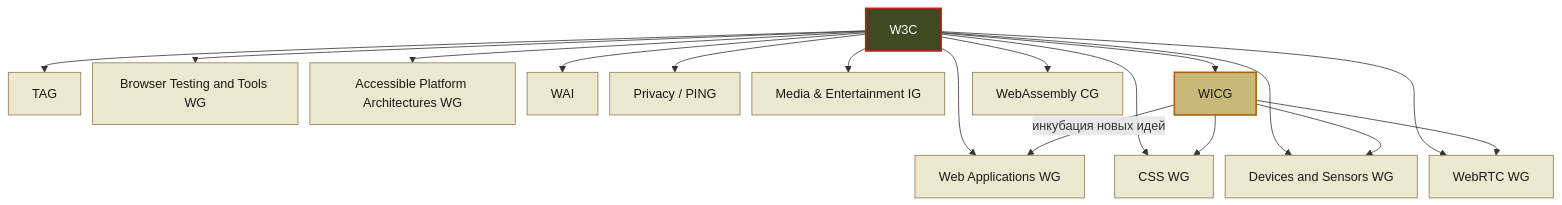
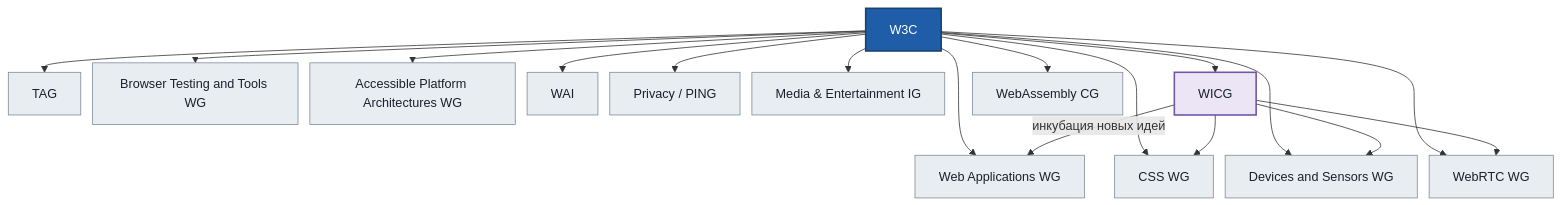
The fourth of 4 diagrams in slides.md (Momomash/hitchhiking-web-platform), drawn with Mermaid before and after one commit. The commit also changed other lines of this file and 27 other files, not shown here.

````diff
--- a/slides.md
+++ b/slides.md
@@ -1875,46 +1921,46 @@
 ```mermaid
 %%{init: {'flowchart': {'curve': 'basis', 'nodeSpacing': 15, 'rankSpacing': 15}}}%%
 
 flowchart TD
 
   W3C["W3C"]
 
   TAG["TAG"]
   WEBAPPS["Web Applications WG"]
   CSSWG["CSS WG"]
   BTT["Browser Testing and Tools WG"]
   DAS["Devices and Sensors WG"]
   WEBRTCWG["WebRTC WG"]
   APA["Accessible Platform Architectures WG"]
   WAI["WAI"]
   PATWG["Privacy / PING"]
   MEIG["Media & Entertainment IG"]
   WICG["WICG"]
   WASMCG["WebAssembly CG"]
 
   W3C --> TAG
   W3C --> WEBAPPS
   W3C --> CSSWG
   W3C --> BTT
   W3C --> DAS
   W3C --> WEBRTCWG
   W3C --> APA
   W3C --> WAI
   W3C --> PATWG
   W3C --> MEIG
   W3C --> WICG
   W3C --> WASMCG
 
   WICG -->|инкубация новых идей| WEBAPPS
   WICG --> CSSWG
   WICG --> DAS
   WICG --> WEBRTCWG
 
-  classDef core fill:#3d4a22,stroke:#bf2020,color:#fff,stroke-width:2px;
-  classDef group fill:#ede8d0,stroke:#8a7a50,color:#1a1a14;
-  classDef incubator fill:#c8b87a,stroke:#b05e10,color:#1a1a14,stroke-width:2px;
+  classDef core fill:#1f5da8,stroke:#17436f,color:#fff,stroke-width:2px;
+  classDef group fill:#e8edf2,stroke:#7d8b99,color:#17212b;
+  classDef incubator fill:#ece5f5,stroke:#7055a8,color:#17212b,stroke-width:2px;
 
   class W3C core;
   class TAG,WEBAPPS,CSSWG,BTT,DAS,WEBRTCWG,APA,WAI,PATWG,MEIG,WASMCG group;
   class WICG incubator;
 ```
````
